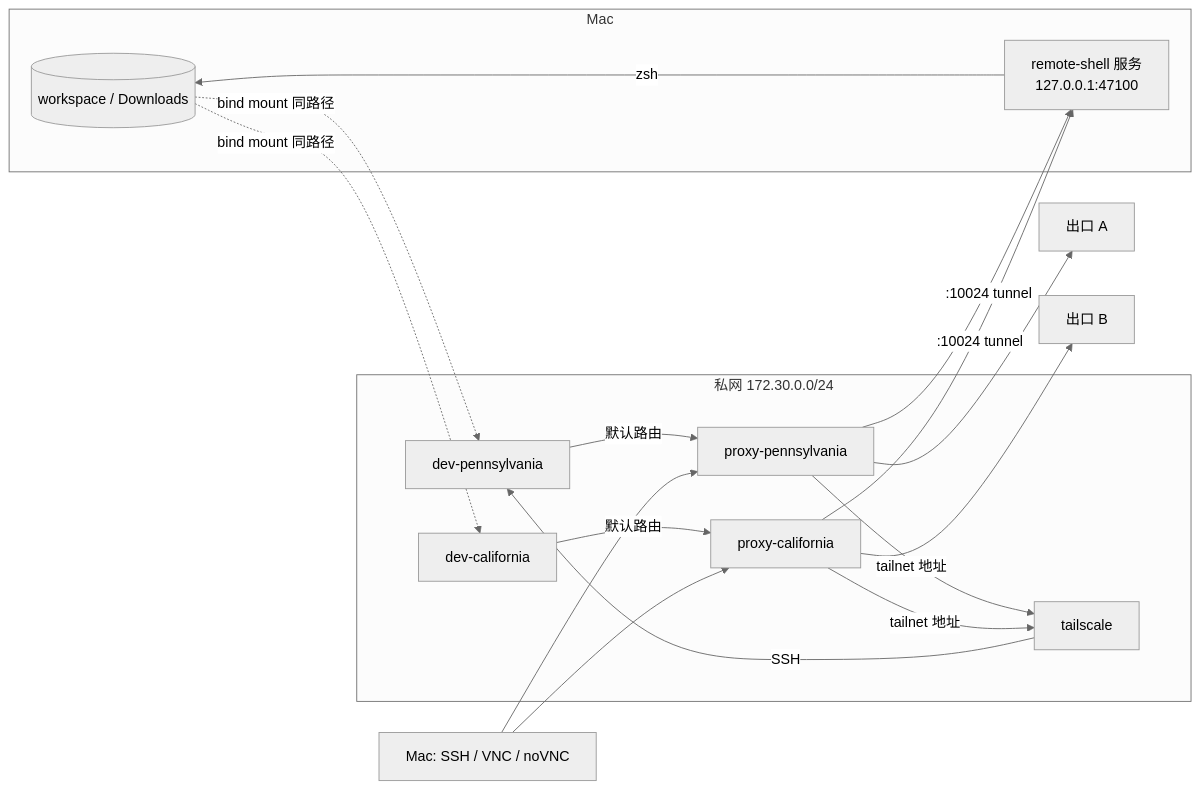
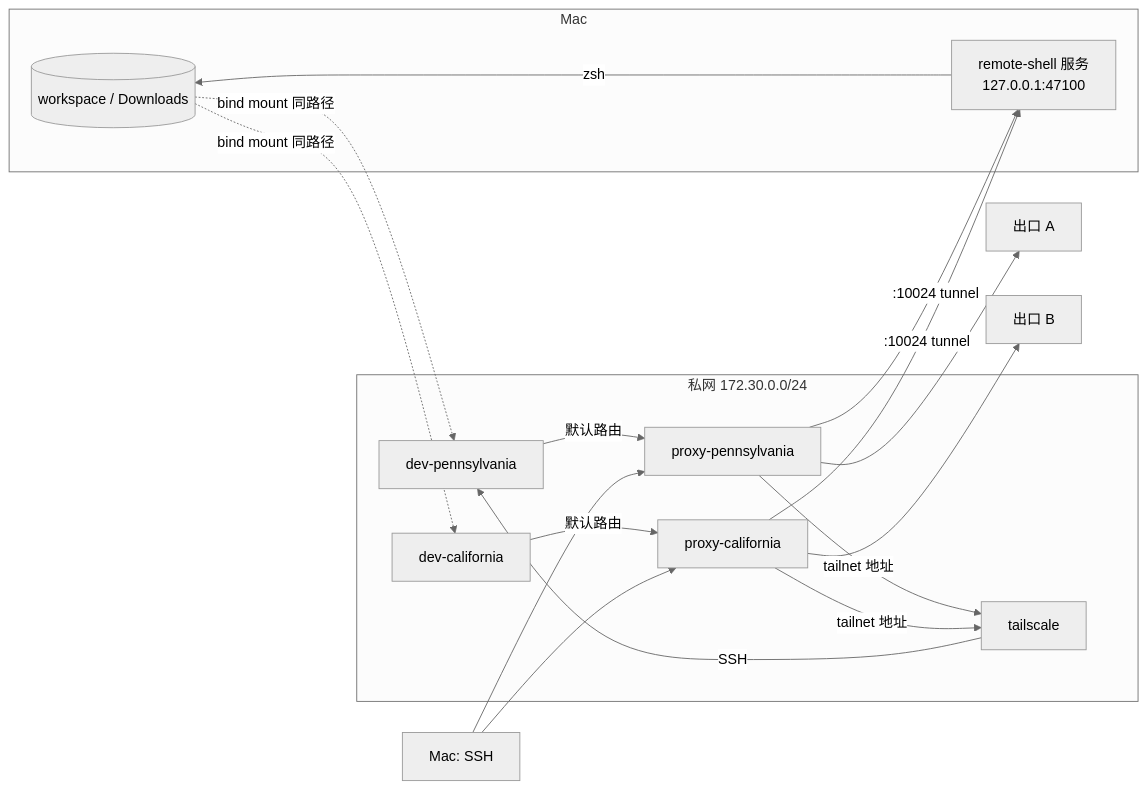
Before and after one commit to lln556/cc-runtime: the diagram in docs/architecture.md, drawn with Mermaid (neutral theme). The commit also changed other lines of this file and 4 other files, not shown here.

````diff
--- a/docs/architecture.md
+++ b/docs/architecture.md
@@ -7,19 +7,19 @@
 ```mermaid
 flowchart LR
     subgraph mac[Mac]
         WS[(workspace / Downloads)]
         RS[remote-shell 服务<br/>127.0.0.1:47100]
     end
     subgraph private[私网 172.30.0.0/24]
         PA[dev-pennsylvania] -->|默认路由| P1[proxy-pennsylvania]
         CA[dev-california] -->|默认路由| P2[proxy-california]
         TS[tailscale] -->|SSH| PA
         P1 & P2 -->|tailnet 地址| TS
     end
     WS -. bind mount 同路径 .-> PA & CA
     P1 & P2 -->|:10024 tunnel| RS
     RS -->|zsh| WS
     P1 --> E1[出口 A]
     P2 --> E2[出口 B]
-    H[Mac: SSH / VNC / noVNC] --> P1 & P2
+    H[Mac: SSH] --> P1 & P2
 ```
````
